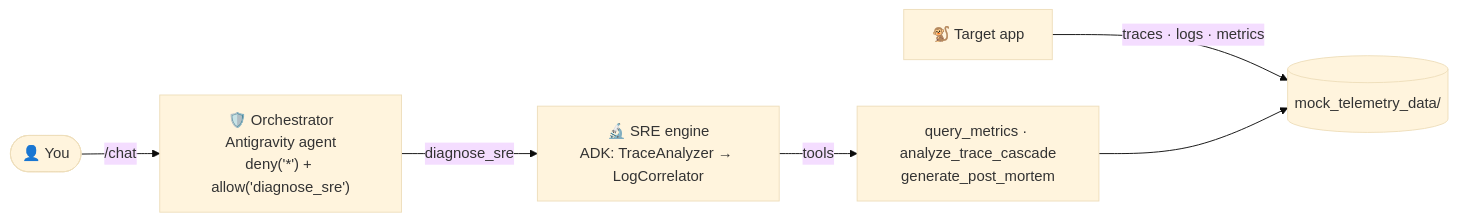
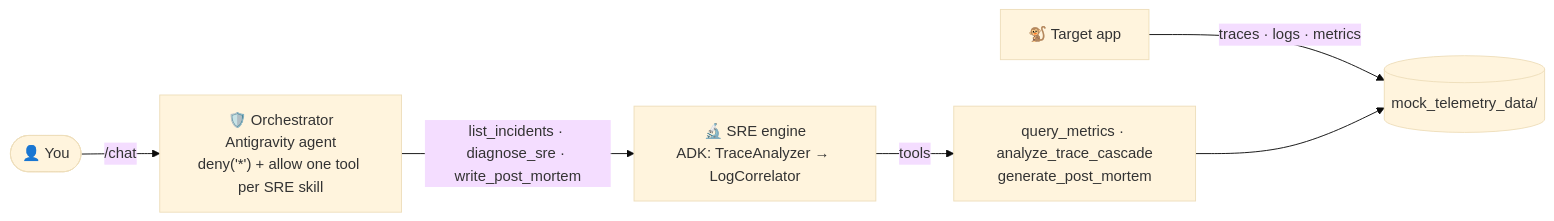
Before and after one commit to xSAVIKx/sre-agent: the diagram in workshop/README.md, drawn with Mermaid (base theme). The commit also changed 19 other files, not shown here.

First line of the commit message:
feat(sre): answer with the right skill - list, diagnose, or write up an incident

````diff
--- a/workshop/README.md
+++ b/workshop/README.md
@@ -78,8 +78,8 @@
 ```mermaid
 flowchart LR
-    User(["👤 You"]) -->|/chat| ORCH["🛡️ Orchestrator<br/>Antigravity agent<br/>deny('*') + allow('diagnose_sre')"]
-    ORCH -->|diagnose_sre| SRE["🔬 SRE engine<br/>ADK: TraceAnalyzer → LogCorrelator"]
+    User(["👤 You"]) -->|/chat| ORCH["🛡️ Orchestrator<br/>Antigravity agent<br/>deny('*') + allow one tool per SRE skill"]
+    ORCH -->|"list_incidents · diagnose_sre · write_post_mortem"| SRE["🔬 SRE engine<br/>ADK: TraceAnalyzer → LogCorrelator"]
     SRE -->|tools| T["query_metrics · analyze_trace_cascade<br/>generate_post_mortem"]
     APP["🐒 Target app"] -->|traces · logs · metrics| DATA[("mock_telemetry_data/")]
     T --> DATA
 ```
````
